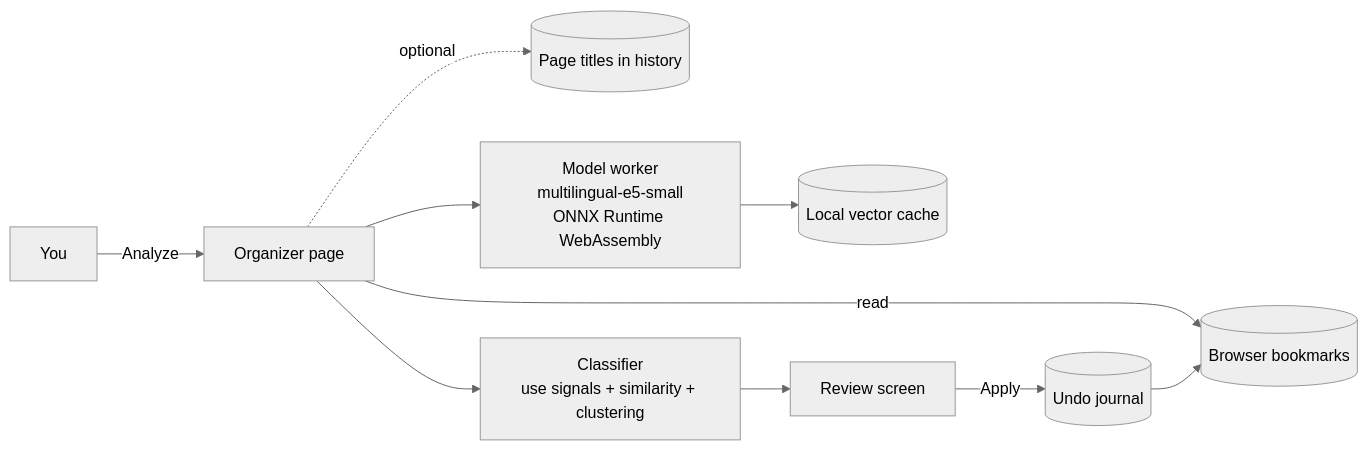
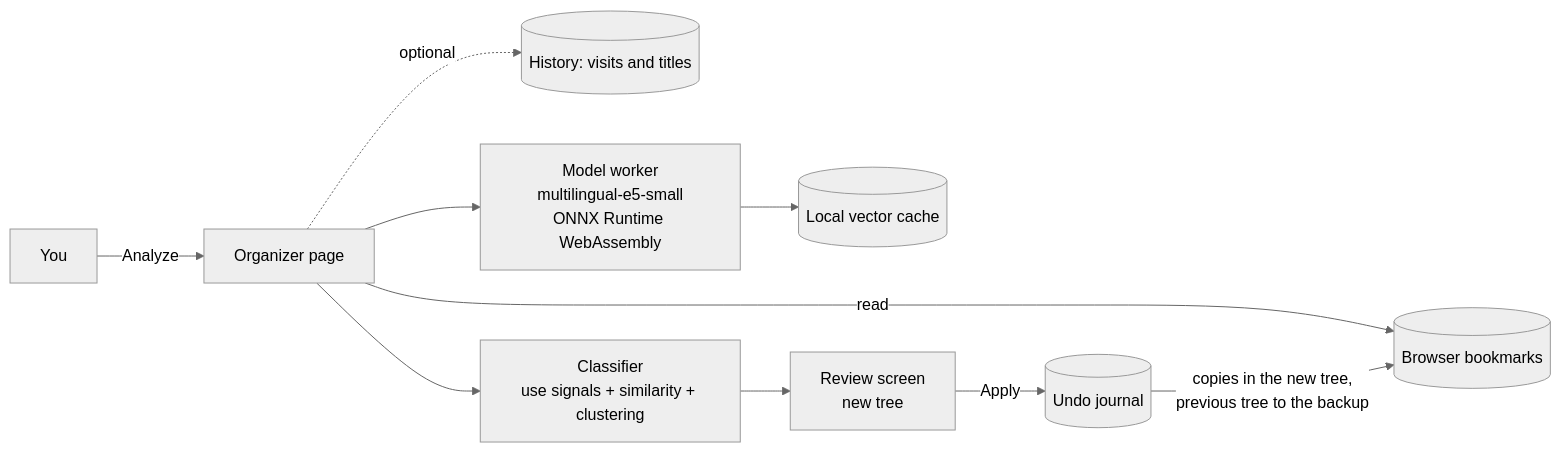
The diagram in README.md (drslid/nidomark), drawn with Mermaid (neutral theme) before and after one commit. The commit also changed other lines of this file and 53 other files, not shown here.

````diff
--- a/README.md
+++ b/README.md
@@ -81,12 +91,12 @@
 ```mermaid
 flowchart LR
   You[You] -->|Analyze| Page[Organizer page]
   Page -->|read| Bookmarks[(Browser bookmarks)]
-  Page -.->|optional| History[(Page titles in history)]
+  Page -.->|optional| History[(History: visits and titles)]
   Page --> Worker[Model worker<br/>multilingual-e5-small<br/>ONNX Runtime WebAssembly]
   Worker --> Cache[(Local vector cache)]
   Page --> Classifier[Classifier<br/>use signals + similarity + clustering]
-  Classifier --> Review[Review screen]
+  Classifier --> Review[Review screen<br/>new tree]
   Review -->|Apply| Journal[(Undo journal)]
-  Journal --> Bookmarks
+  Journal -->|copies in the new tree,<br/>previous tree to the backup| Bookmarks
 ```
````
